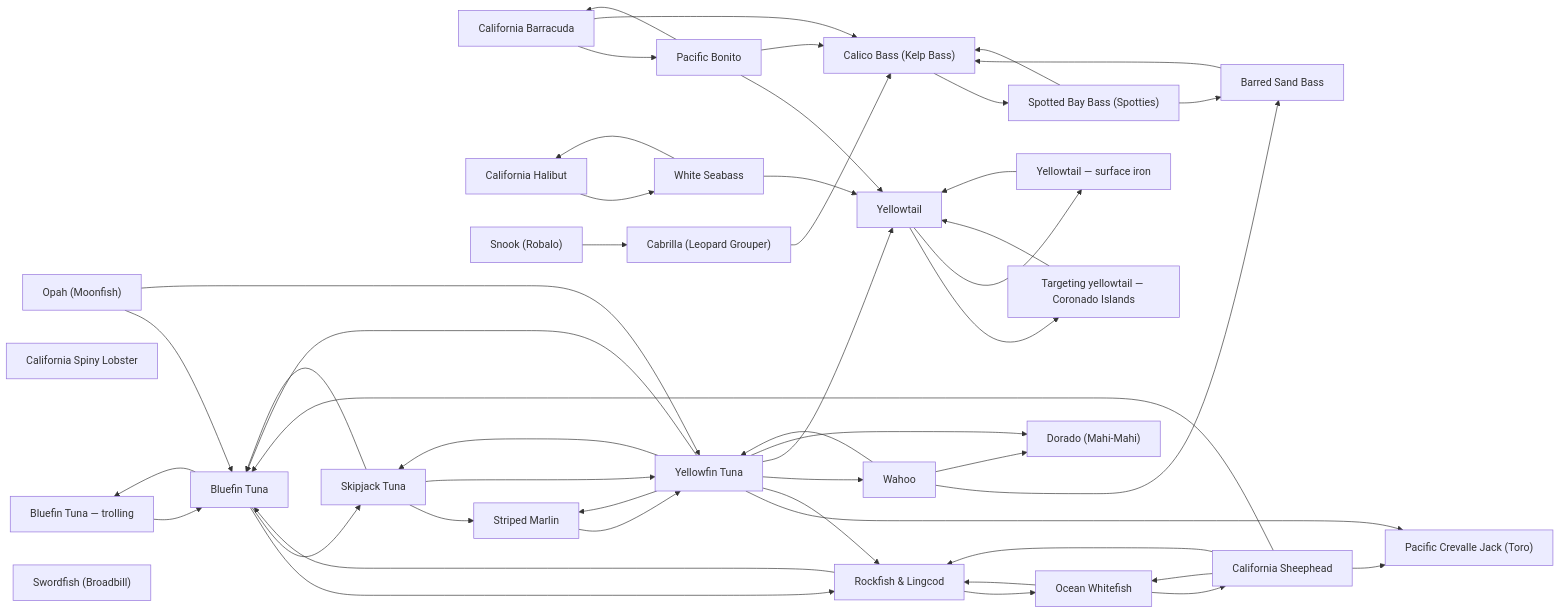
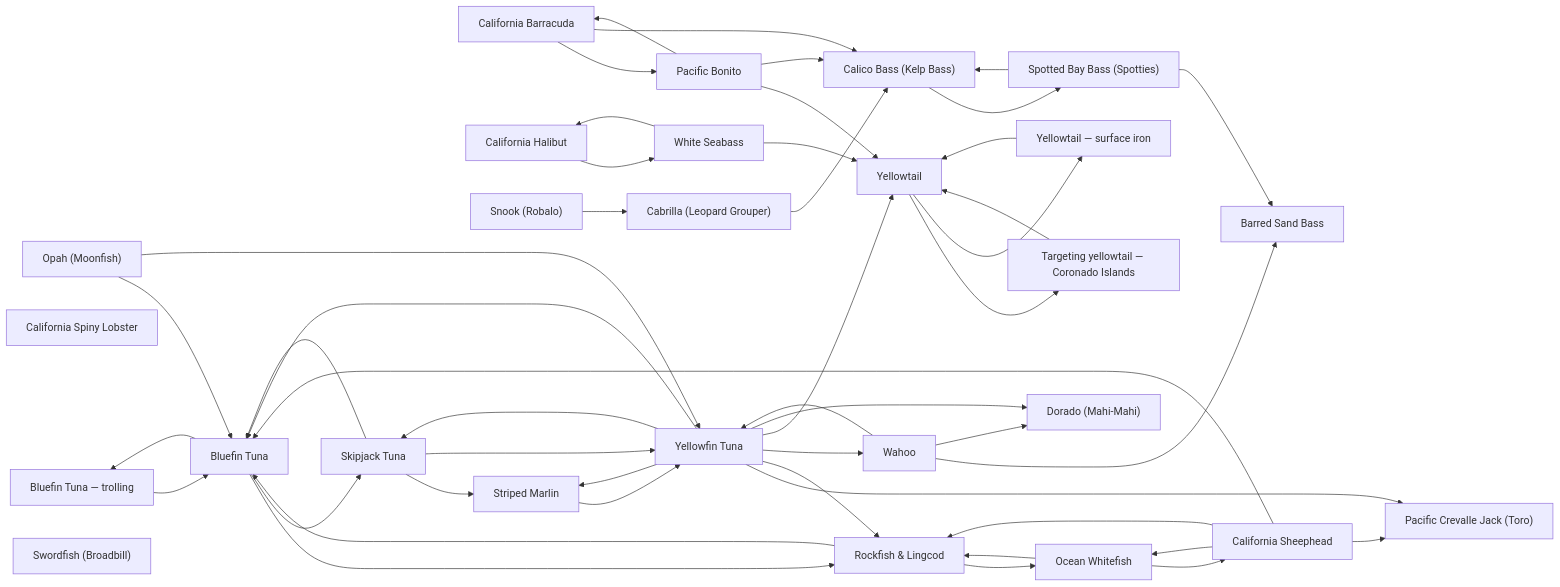
Before and after one commit to camchuckpete-max/Socal-Fishing-Knowledge: the diagram in species/README.md, drawn with Mermaid. The commit also changed other lines of this file and 14 other files, not shown here.

````diff
--- a/species/README.md
+++ b/species/README.md
@@ -42,76 +42,75 @@
 ```mermaid
 graph LR
   n0["California Barracuda"]
   n1["Bluefin Tuna — trolling"]
   n2["Bluefin Tuna"]
   n3["Pacific Bonito"]
   n4["Cabrilla (Leopard Grouper)"]
   n5["Calico Bass (Kelp Bass)"]
   n6["California Halibut"]
   n7["California Spiny Lobster"]
   n8["Dorado (Mahi-Mahi)"]
   n9["Ocean Whitefish"]
   n10["Opah (Moonfish)"]
   n11["Pacific Crevalle Jack (Toro)"]
   n12["Rockfish & Lingcod"]
   n13["Barred Sand Bass"]
   n14["California Sheephead"]
   n15["Skipjack Tuna"]
   n16["Snook (Robalo)"]
   n17["Spotted Bay Bass (Spotties)"]
   n18["Striped Marlin"]
   n19["Swordfish (Broadbill)"]
   n20["Wahoo"]
   n21["White Seabass"]
   n22["Yellowfin Tuna"]
   n23["Targeting yellowtail — Coronado Islands"]
   n24["Yellowtail — surface iron"]
   n25["Yellowtail"]
   n0 --> n3
   n0 --> n5
   n1 --> n2
   n10 --> n2
   n10 --> n22
   n12 --> n2
   n12 --> n9
-  n13 --> n5
   n14 --> n11
   n14 --> n12
   n14 --> n2
   n14 --> n9
   n15 --> n18
   n15 --> n2
   n15 --> n22
   n16 --> n4
   n17 --> n13
   n17 --> n5
   n18 --> n22
   n2 --> n1
   n2 --> n12
   n2 --> n15
   n20 --> n13
   n20 --> n22
   n20 --> n8
   n21 --> n25
   n21 --> n6
   n22 --> n11
   n22 --> n12
   n22 --> n15
   n22 --> n18
   n22 --> n2
   n22 --> n20
   n22 --> n25
   n22 --> n8
   n23 --> n25
   n24 --> n25
   n25 --> n23
   n25 --> n24
   n3 --> n0
   n3 --> n25
   n3 --> n5
   n4 --> n5
   n5 --> n17
   n6 --> n21
   n9 --> n12
   n9 --> n14
 ```
````
